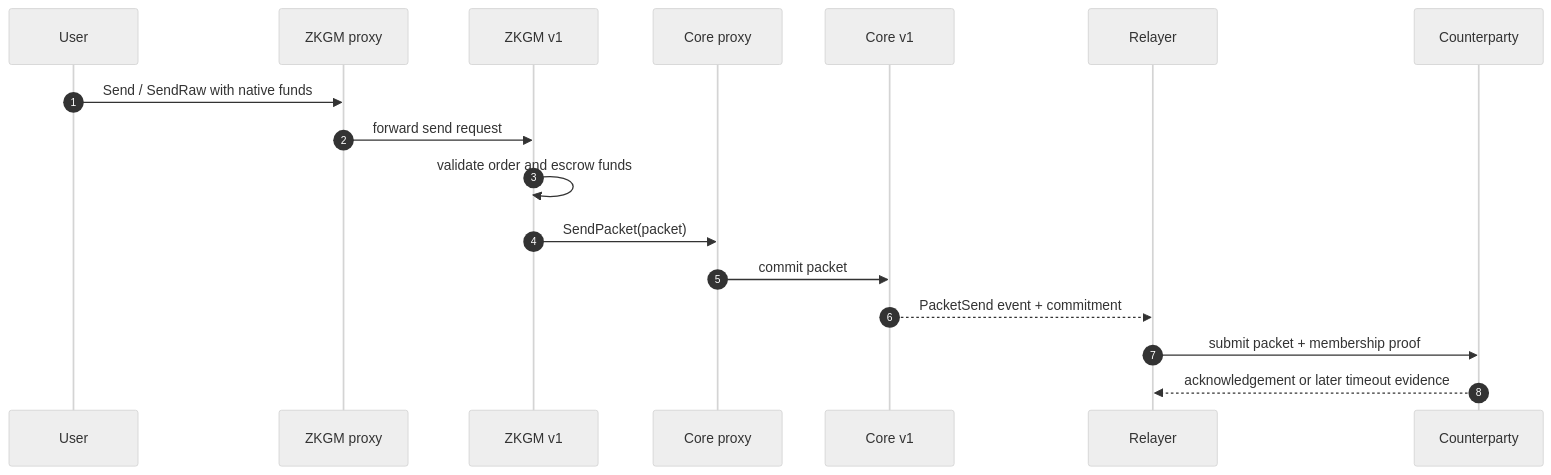
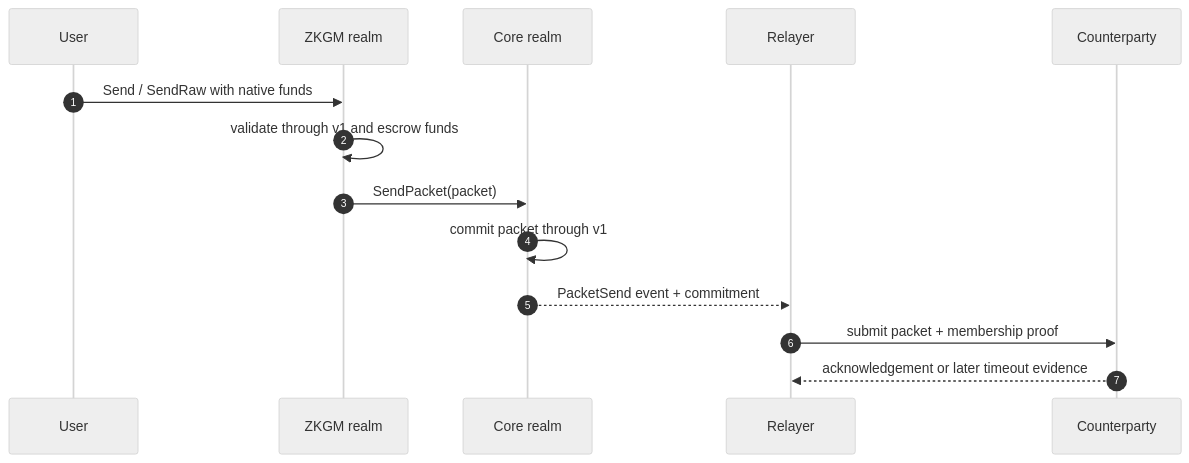
Before and after one commit to onbloc/gno-ibc: the third of 4 diagrams in docs/architecture/process-flows.md, drawn with Mermaid (neutral theme). The commit also changed other lines of this file, not shown here.

Commit message:
docs: simplify process flow realm labels

````diff
--- a/docs/architecture/process-flows.md
+++ b/docs/architecture/process-flows.md
@@ -85,20 +81,17 @@
 ```mermaid
 sequenceDiagram
     autonumber
     participant User
-    participant ZKGM as ZKGM proxy
-    participant ZKGMV1 as ZKGM v1
-    participant Core as Core proxy
-    participant CoreV1 as Core v1
+    participant ZKGM as ZKGM realm
+    participant Core as Core realm
     participant Relayer
     participant Counterparty
 
     User->>ZKGM: Send / SendRaw with native funds
-    ZKGM->>ZKGMV1: forward send request
-    ZKGMV1->>ZKGMV1: validate order and escrow funds
-    ZKGMV1->>Core: SendPacket(packet)
-    Core->>CoreV1: commit packet
-    CoreV1-->>Relayer: PacketSend event + commitment
+    ZKGM->>ZKGM: validate through v1 and escrow funds
+    ZKGM->>Core: SendPacket(packet)
+    Core->>Core: commit packet through v1
+    Core-->>Relayer: PacketSend event + commitment
     Relayer->>Counterparty: submit packet + membership proof
     Counterparty-->>Relayer: acknowledgement or later timeout evidence
 ```
````
